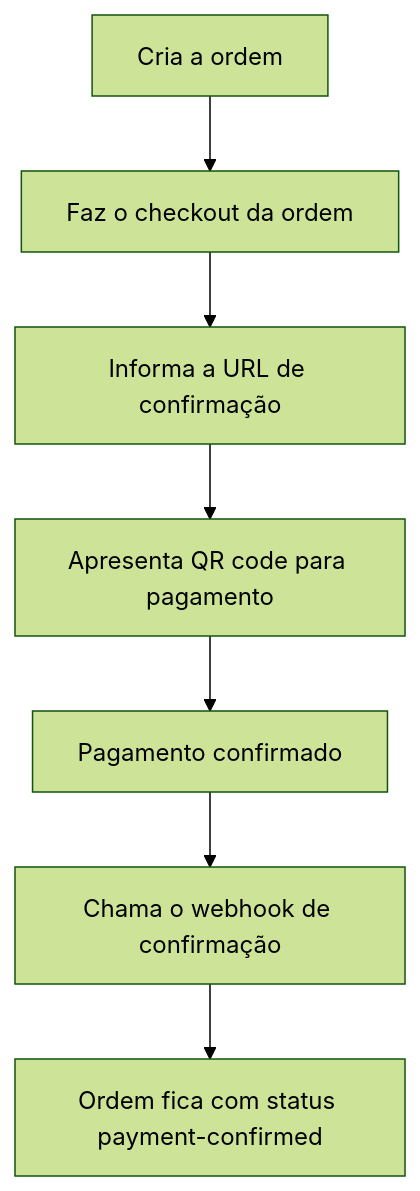
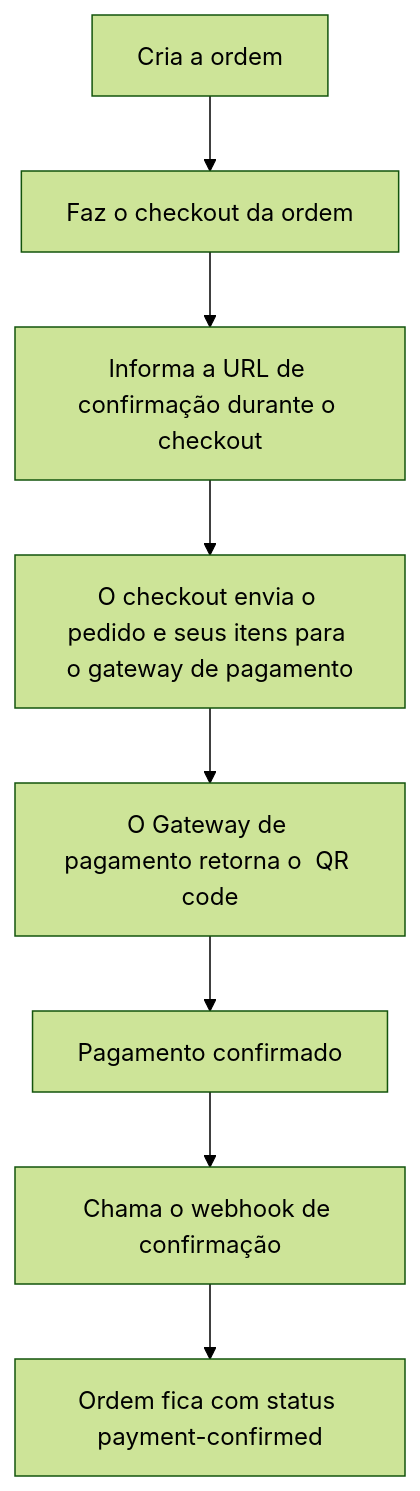
Before and after one commit to caiojorge/fiap-challenge-clean-arch-9SOAT: the diagram in README.md, drawn with Mermaid (forest theme).

````diff
--- a/README.md
+++ b/README.md
@@ -278,9 +278,10 @@
 ```mermaid
 flowchart TD
     A[Cria a ordem] --> B[Faz o checkout da ordem]
-    B --> C[Informa a URL de confirmação]
-    C --> D[Apresenta QR code para pagamento]
-    D --> E[Pagamento confirmado]
-    E --> F[Chama o webhook de confirmação]
-    F --> G[Ordem fica com status payment-confirmed]
+    B --> C[Informa a URL de confirmação durante o checkout]
+    C --> D[O checkout envia o pedido e seus itens para o gateway de pagamento]
+    D --> E[O Gateway de pagamento retorna o  QR code]
+    E --> F[Pagamento confirmado]
+    F --> G[Chama o webhook de confirmação]
+    G --> H[Ordem fica com status payment-confirmed]
 ```
````
